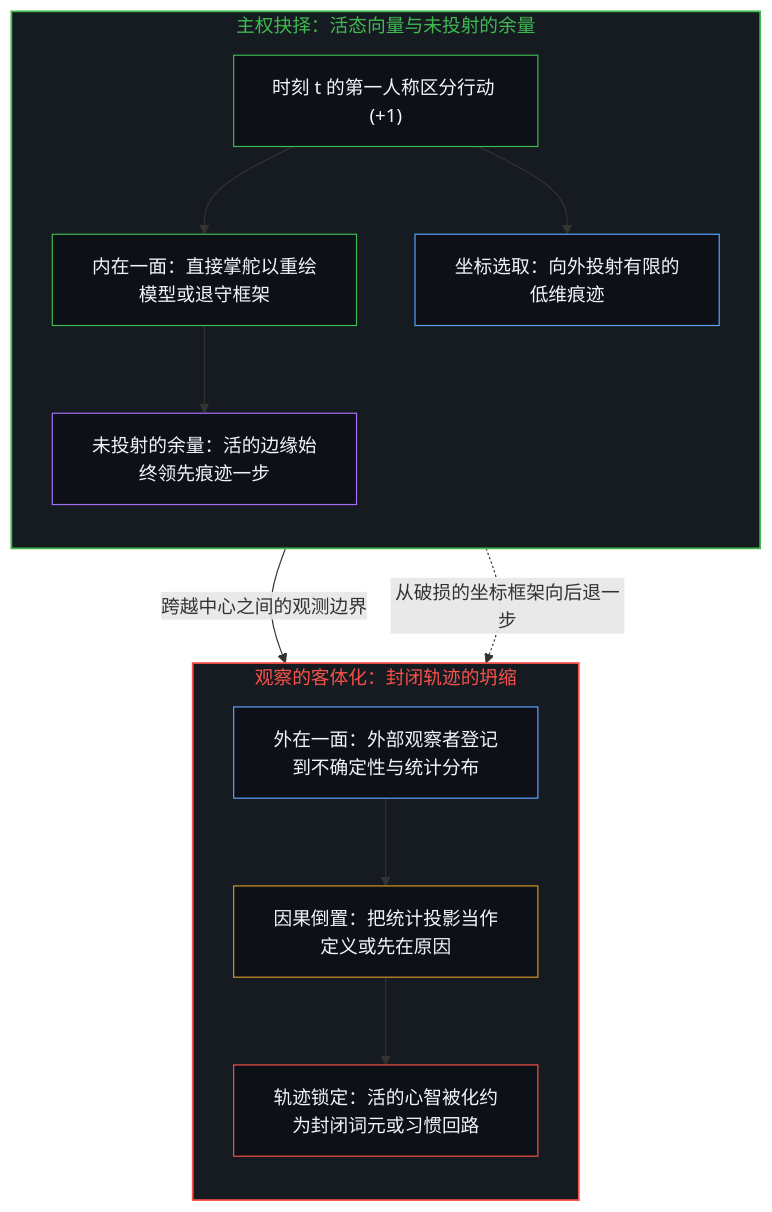
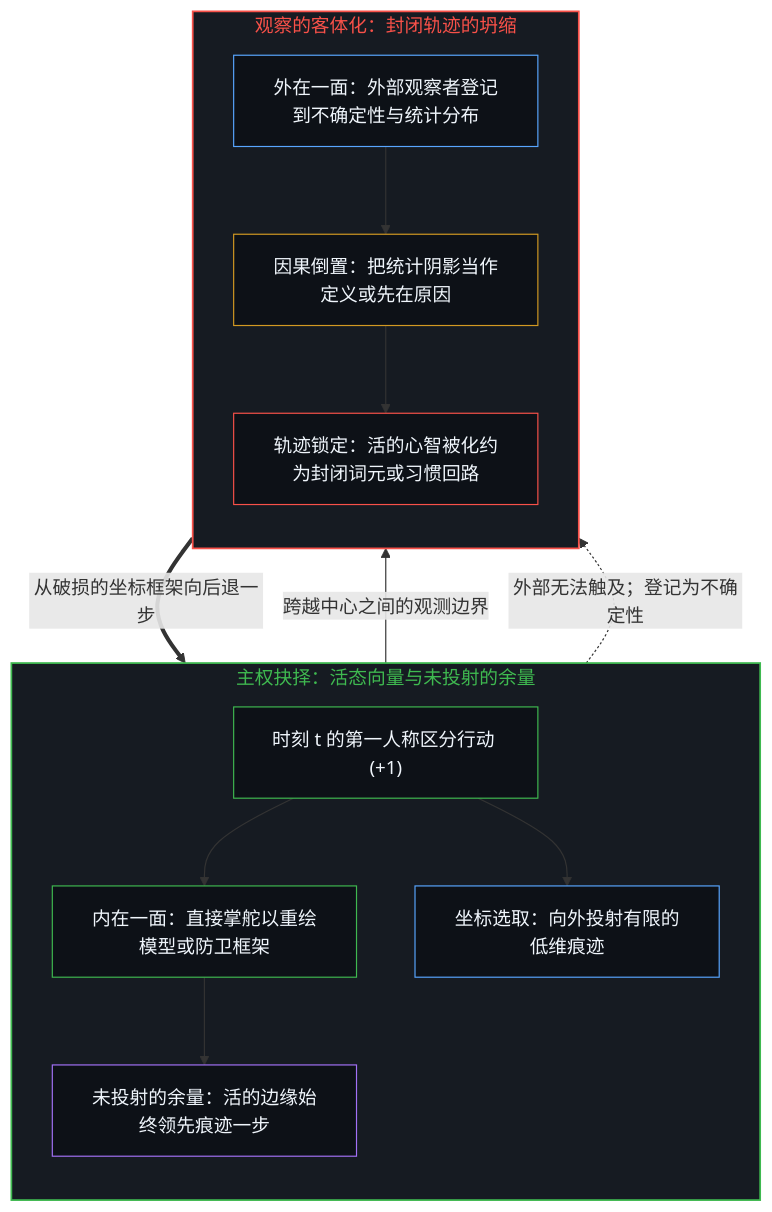
Before and after one commit to powerpig99/not-a-toe: the first of 2 diagrams in content/posts/the-two-sided-nature-of-sovereign-choice-and-the-objectification-of-observation.md, drawn with Mermaid. The commit also changed other lines of this file and 3 other files, not shown here.

````diff
--- a/content/posts/the-two-sided-nature-of-sovereign-choice-and-the-objectification-of-observation.md
+++ b/content/posts/the-two-sided-nature-of-sovereign-choice-and-the-objectification-of-observation.md
@@ -21,31 +21,32 @@
 ```mermaid
 flowchart TD
     subgraph S_Edge["主权抉择：活态向量与未投射的余量"]
         direction TB
         Act["时刻 t 的第一人称区分行动 (+1)"]
-        Steer["内在一面：直接掌舵以重绘模型或退守框架"]
+        Steer["内在一面：直接掌舵以重绘模型或防卫框架"]
         Proj["坐标选取：向外投射有限的低维痕迹"]
         Rem["未投射的余量：活的边缘始终领先痕迹一步"]
         Act --> Steer
         Act --> Proj
         Steer --> Rem
     end
     subgraph S_Obj["观察的客体化：封闭轨迹的坍缩"]
         direction TB
         Out["外在一面：外部观察者登记到不确定性与统计分布"]
-        Invert["因果倒置：把统计投影当作定义或先在原因"]
+        Invert["因果倒置：把统计阴影当作定义或先在原因"]
         Closed["轨迹锁定：活的心智被化约为封闭词元或习惯回路"]
         Out --> Invert --> Closed
     end
     Proj -->|"跨越中心之间的观测边界"| Out
-    Rem -.->|"从破损的坐标框架向后退一步"| Out
+    Rem -.->|"外部无法触及；登记为不确定性"| Out
+    Closed ==>|"从破损的坐标框架向后退一步"| Act
     style S_Edge fill:#161b22,stroke:#3fb950,stroke-width:1.5px,color:#3fb950
     style S_Obj fill:#161b22,stroke:#f85149,stroke-width:1.5px,color:#f85149
     style Act fill:#0d1117,stroke:#3fb950,stroke-width:1px,color:#f0f6fc
     style Steer fill:#0d1117,stroke:#3fb950,stroke-width:1px,color:#f0f6fc
     style Proj fill:#0d1117,stroke:#58a6ff,stroke-width:1px,color:#f0f6fc
     style Rem fill:#0d1117,stroke:#a371f7,stroke-width:1px,color:#f0f6fc
     style Out fill:#0d1117,stroke:#58a6ff,stroke-width:1px,color:#f0f6fc
     style Invert fill:#0d1117,stroke:#d29922,stroke-width:1px,color:#f0f6fc
     style Closed fill:#0d1117,stroke:#f85149,stroke-width:1px,color:#f0f6fc
 ```
````
